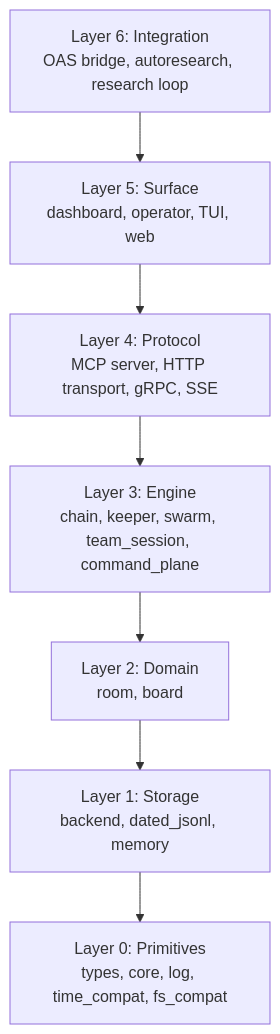
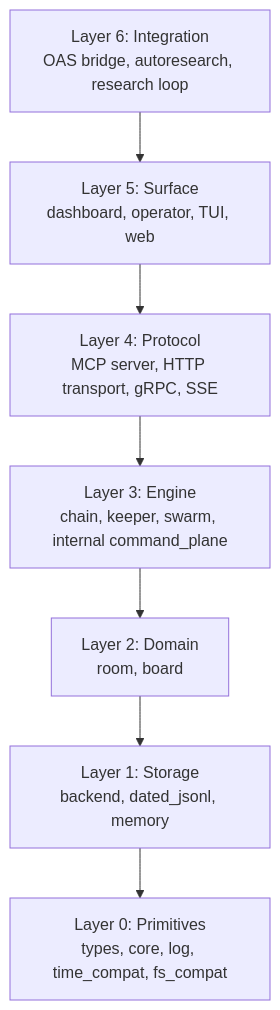
Before and after one commit to jeong-sik/masc: the diagram in docs/spec/SPEC-INDEX.md, drawn with Mermaid. The commit also changed other lines of this file and 6 other files, not shown here.

````diff
--- a/docs/spec/SPEC-INDEX.md
+++ b/docs/spec/SPEC-INDEX.md
@@ -28,17 +28,17 @@
 ```mermaid
 graph TB
     L6["Layer 6: Integration<br/>OAS bridge, autoresearch, research loop"]
     L5["Layer 5: Surface<br/>dashboard, operator, TUI, web"]
     L4["Layer 4: Protocol<br/>MCP server, HTTP transport, gRPC, SSE"]
-    L3["Layer 3: Engine<br/>chain, keeper, swarm, team_session, command_plane"]
+    L3["Layer 3: Engine<br/>chain, keeper, swarm, internal command_plane"]
     L2["Layer 2: Domain<br/>room, board"]
     L1["Layer 1: Storage<br/>backend, dated_jsonl, memory"]
     L0["Layer 0: Primitives<br/>types, core, log, time_compat, fs_compat"]
 
     L6 --> L5
     L5 --> L4
     L4 --> L3
     L3 --> L2
     L2 --> L1
     L1 --> L0
 ```
````
